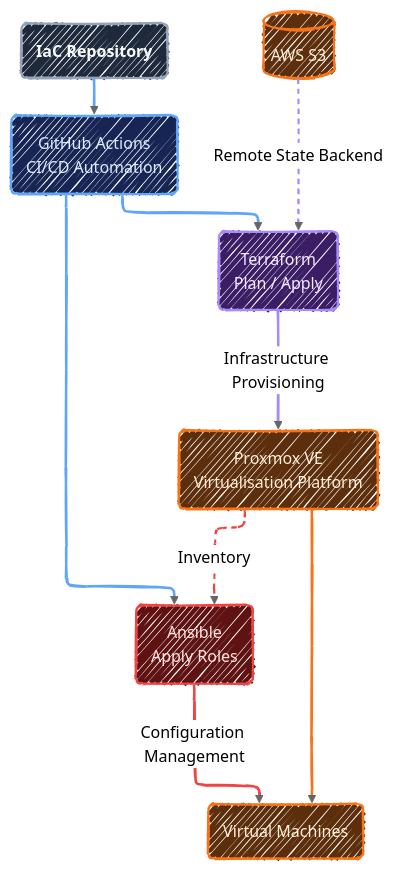
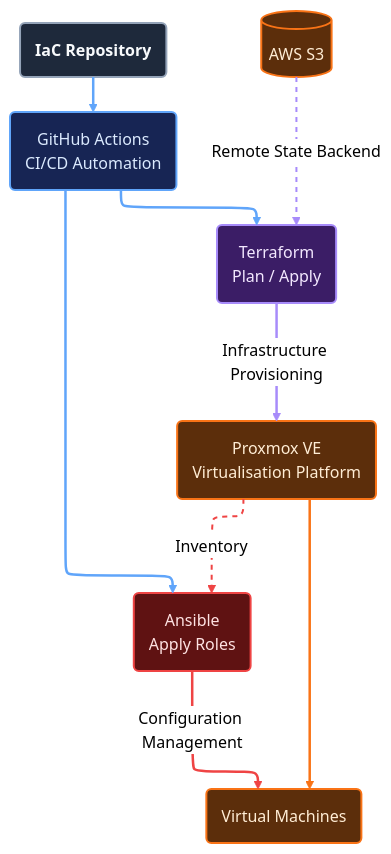
The diagram in README.md (rauland/iac), drawn with Mermaid (neutral theme) before and after one commit.

````diff
--- a/README.md
+++ b/README.md
@@ -10,52 +10,52 @@
 ```mermaid
 ---
 config:
   layout: elk
-  look: handDrawn
+  look: Neo
   flowchart:
     curve: basic
 ---
 
 graph TD
     repo("<b>IaC Repository")
     actions("GitHub Actions<br/>CI/CD Automation")
     tf("Terraform<br/>Plan / Apply")
     s3[("AWS S3")]
     pve("Proxmox VE<br/>Virtualisation Platform")
     ansible("Ansible<br/>Apply Roles")
     vms("Virtual Machines")
 
     repo --> actions
     actions --> tf
     actions --> ansible
     s3 -->|Remote State Backend| tf
     tf -->|Infrastructure Provisioning| pve
     pve --> vms
     pve -->|Inventory| ansible
     ansible -->|Configuration Management| vms
 
     classDef source fill:#1E293B,stroke:#94A3B8,color:#F8FAFC,stroke-width:2px
     classDef cicd fill:#172554,stroke:#60A5FA,color:#DBEAFE,stroke-width:2px
     classDef terraform fill:#3B1D66,stroke:#A78BFA,color:#F3E8FF,stroke-width:2px
     classDef ansible fill:#5F1212,stroke:#EF4444,color:#FEE2E2,stroke-width:2px
     classDef infra fill:#5C2E0B,stroke:#F97316,color:#FFEDD5,stroke-width:2px
     classDef compute fill:#1F2937,stroke:#64748B,color:#F8FAFC,stroke-width:2px
 
     class repo source
     class actions cicd
     class tf terraform
     class ansible ansible
     class pve infra
     class s3 infra
     class vms infra
 
     linkStyle 0 stroke:#60A5FA,stroke-width:2.5px
     linkStyle 1 stroke:#60A5FA,stroke-width:2.5px
     linkStyle 2 stroke:#60A5FA,stroke-width:2.5px
     linkStyle 3 stroke:#A78BFA,stroke-width:2px,stroke-dasharray:5 5
     linkStyle 4 stroke:#A78BFA,stroke-width:2.5px
     linkStyle 5 stroke:#F97316,stroke-width:2.5px
     linkStyle 6 stroke:#EF4444,stroke-width:2px,stroke-dasharray:5 5
     linkStyle 7 stroke:#EF4444,stroke-width:2.5px
 
 ```
````
